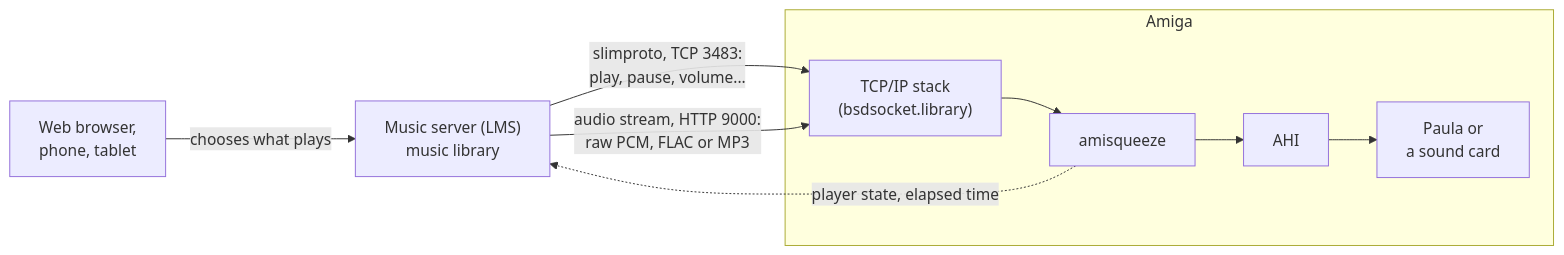
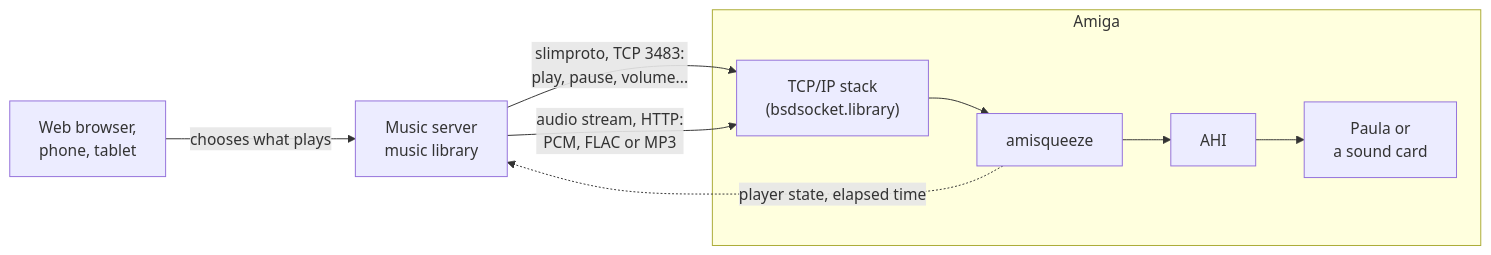
Before and after one commit to shadow38/amiga-network-music: the diagram in README.md, drawn with Mermaid. The commit also changed other lines of this file and 1 other file, not shown here.

First line of the commit message:
README: Music Assistant alongside LMS

````diff
--- a/README.md
+++ b/README.md
@@ -18,12 +18,12 @@
 ```mermaid
 flowchart LR
-    ctl["Web browser,<br>phone, tablet"] -->|"chooses what plays"| lms["Music server (LMS)<br>music library"]
+    ctl["Web browser,<br>phone, tablet"] -->|"chooses what plays"| srv["Music server<br>music library"]
     subgraph amiga ["Amiga"]
         tcp["TCP/IP stack<br>(bsdsocket.library)"] --> sq["amisqueeze"]
         sq --> ahi["AHI"]
         ahi --> out["Paula or<br>a sound card"]
     end
-    lms -->|"slimproto, TCP 3483:<br>play, pause, volume..."| tcp
-    lms -->|"audio stream, HTTP 9000:<br>raw PCM, FLAC or MP3"| tcp
-    sq -.->|"player state, elapsed time"| lms
+    srv -->|"slimproto, TCP 3483:<br>play, pause, volume..."| tcp
+    srv -->|"audio stream, HTTP:<br>PCM, FLAC or MP3"| tcp
+    sq -.->|"player state, elapsed time"| srv
 ```
````
